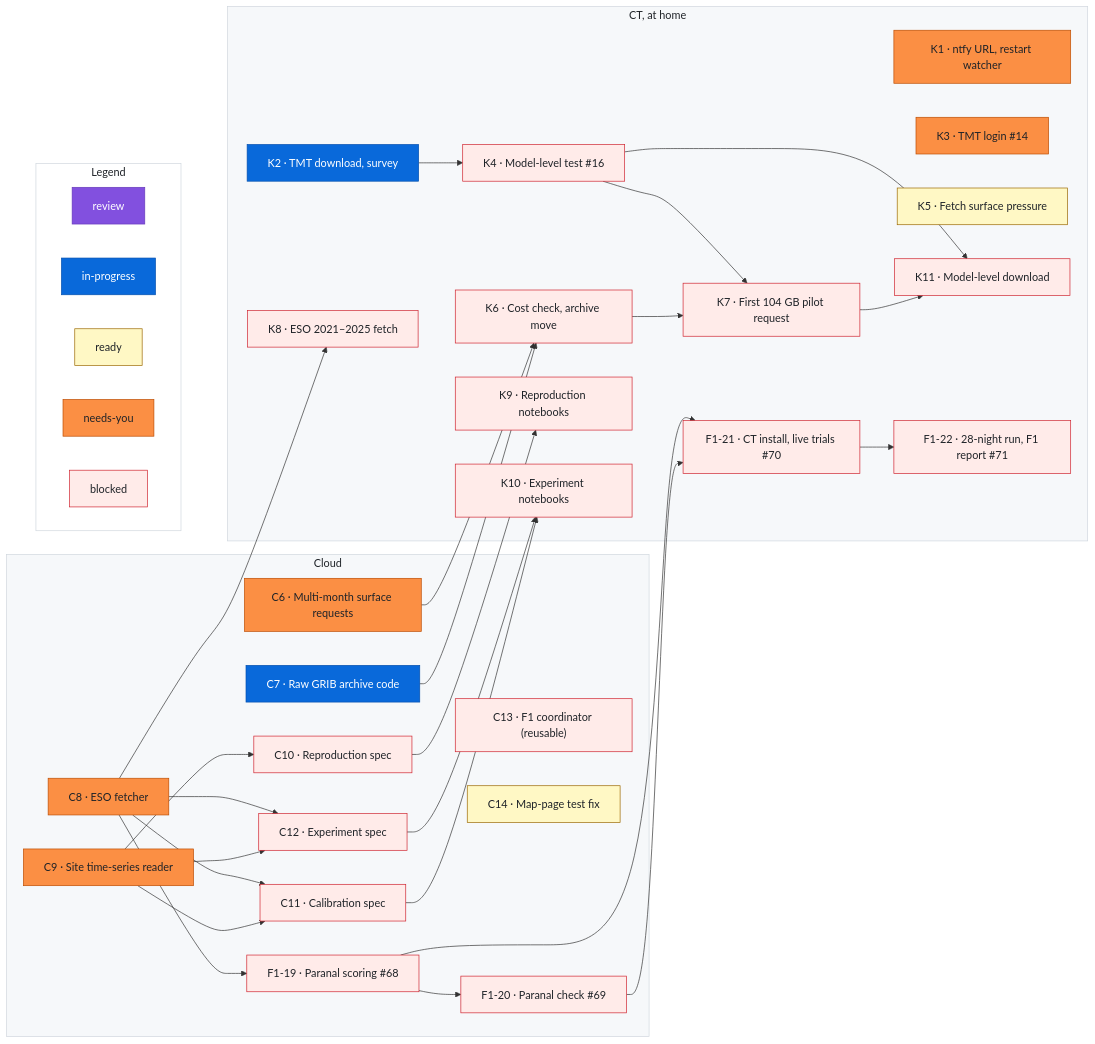
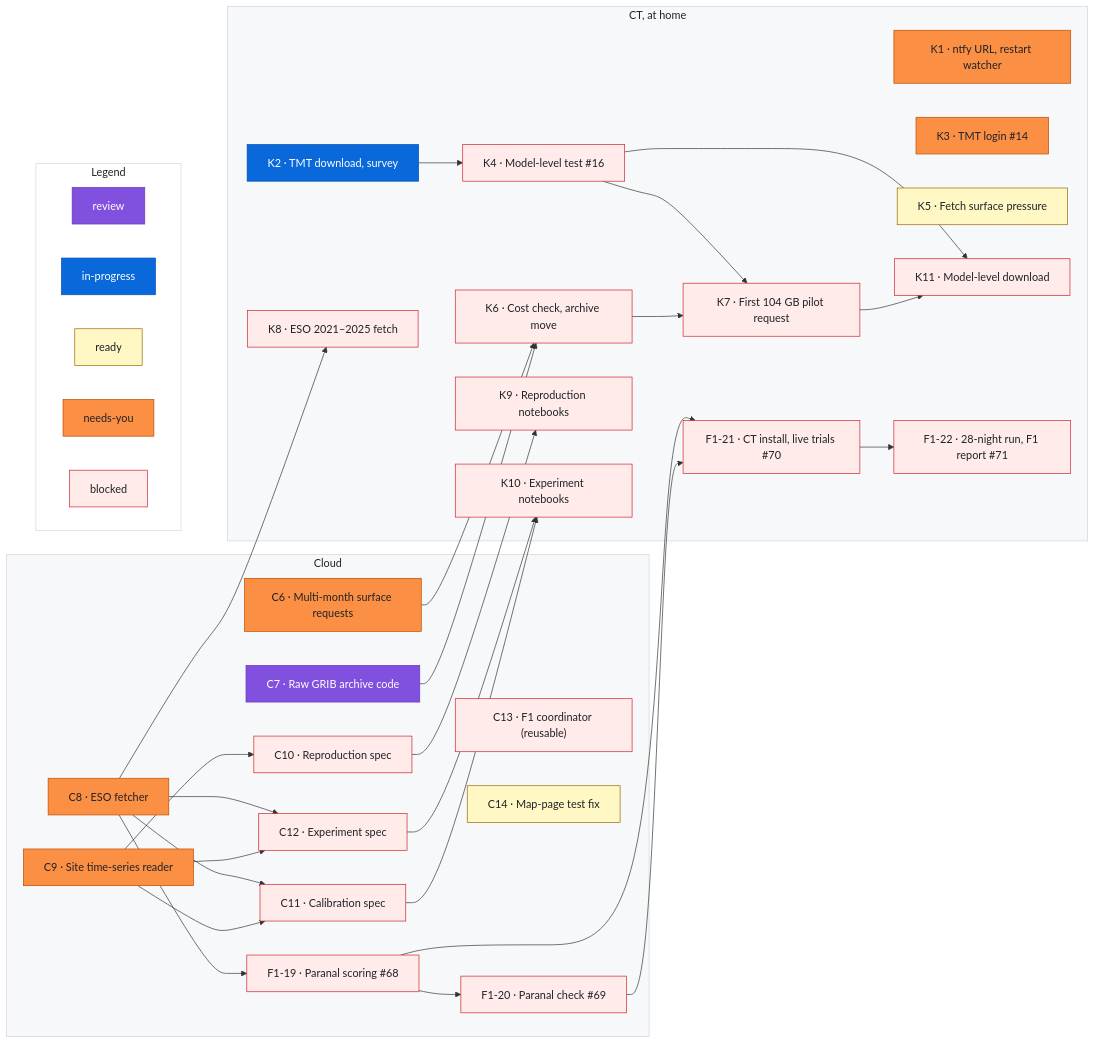
One commit to rrweller/Astro-seeing changed the diagram in docs/roadmap.md. Above: the diagram before and after it, drawn with Mermaid. The commit also changed other lines of this file, not shown here.

Commit message:
roadmap: C7 in-progress → review
Claude-Session: https://claude.ai/code/session_01ECS9rbsnWYATZiyvRztFEY

```diff
--- a/docs/roadmap.md
+++ b/docs/roadmap.md
@@ -138,7 +138,7 @@
   %% Status lines: one per item, each followed by a `%% ---` spacer. Sessions change only the last word.
   class C6 needsyou
   %% ---
-  class C7 inprogress
+  class C7 review
   %% ---
   class C8 needsyou
   %% ---
```
